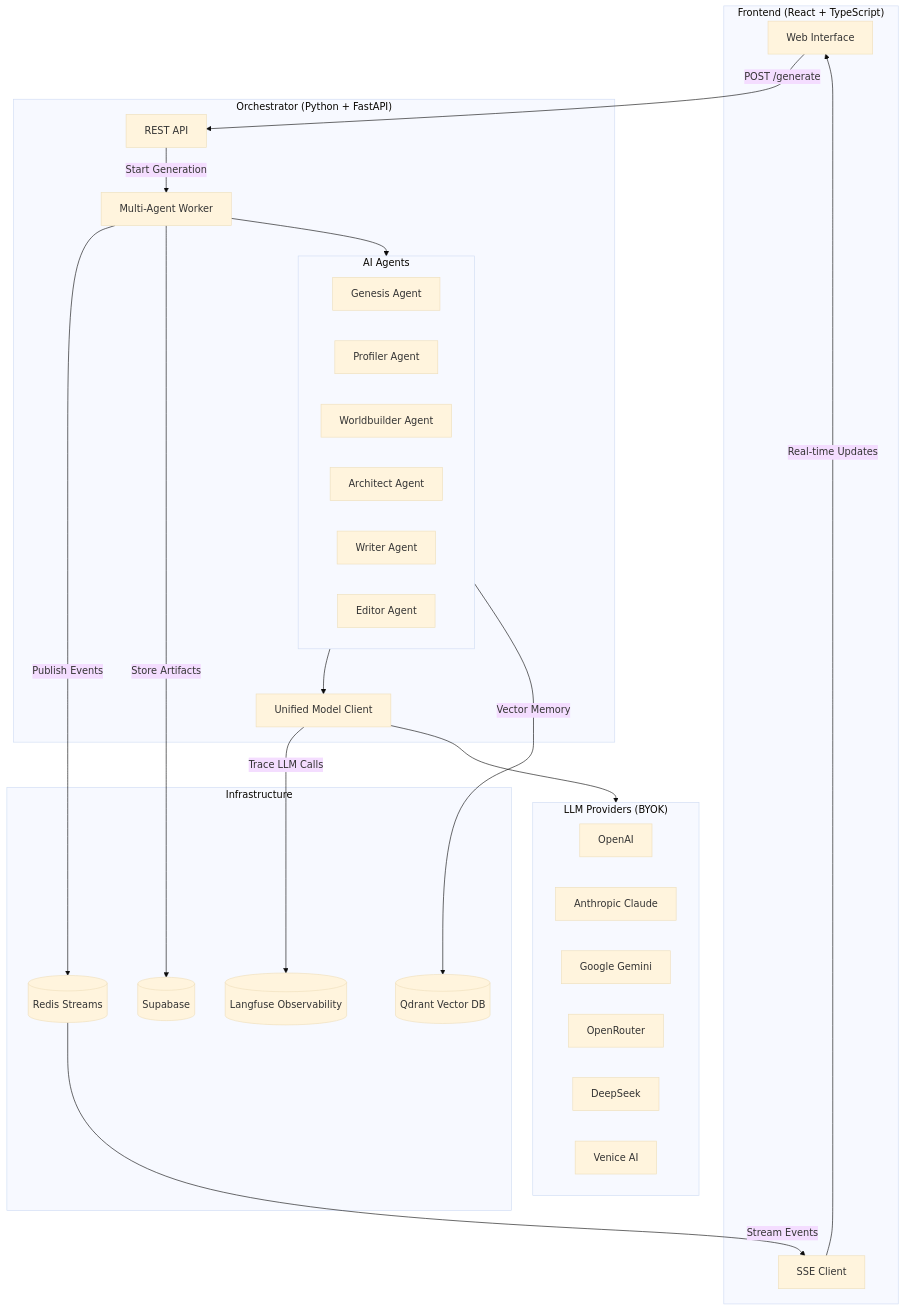
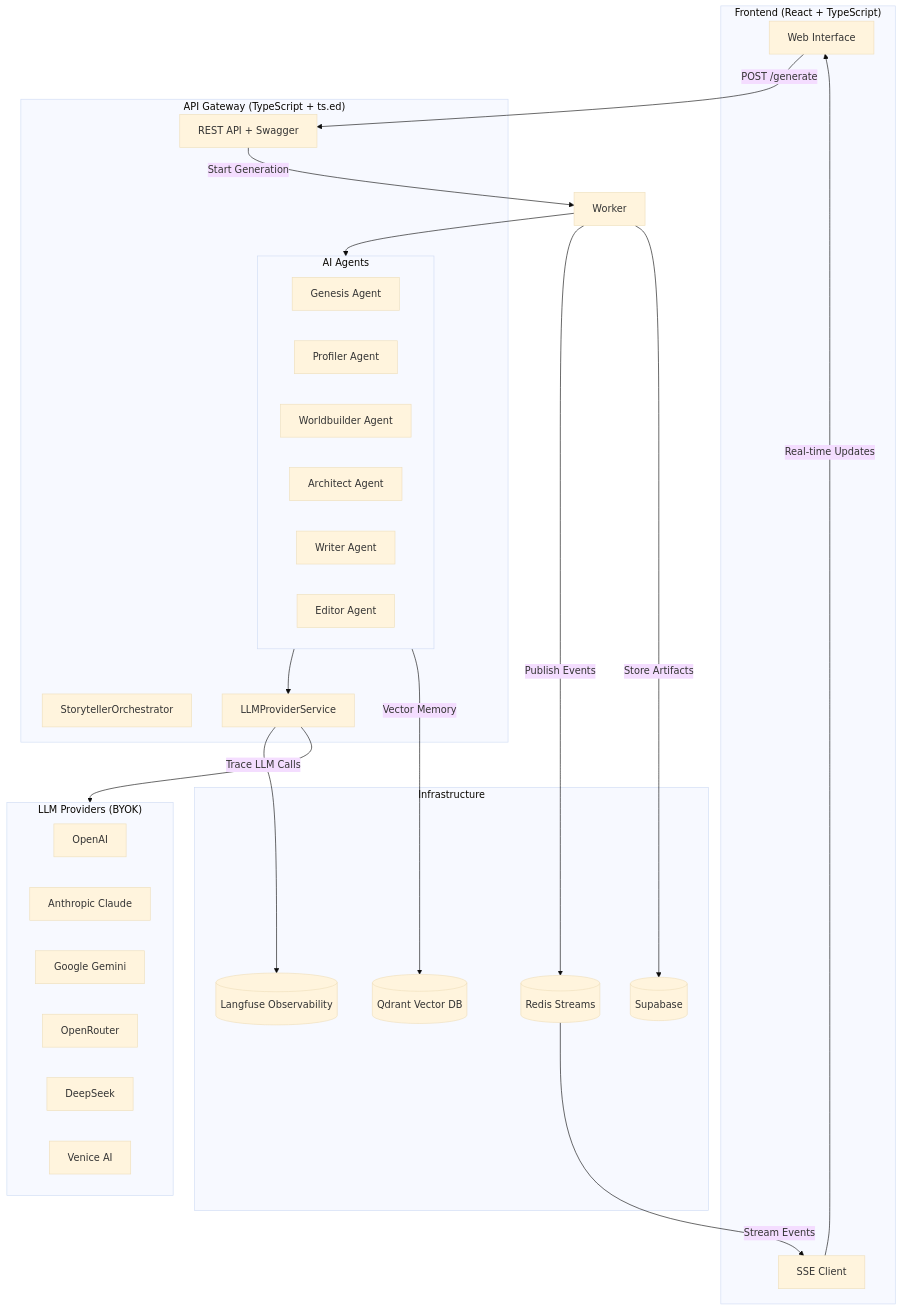
The first of 2 diagrams in README.md (IShalkin/manoe), drawn with Mermaid (base theme) before and after one commit. The commit also changed other lines of this file and 58 other files, not shown here.

First line of the commit message:
chore: Archive legacy Python orchestrator and backend to _legacy/

````diff
--- a/README.md
+++ b/README.md
@@ -14,53 +14,53 @@
 ```mermaid
 flowchart TB
     subgraph Client["Frontend (React + TypeScript)"]
         UI[Web Interface]
         SSE[SSE Client]
     end
 
-    subgraph Orchestrator["Orchestrator (Python + FastAPI)"]
-        API[REST API]
-        Worker[Multi-Agent Worker]
+    subgraph Gateway["API Gateway (TypeScript + ts.ed)"]
+        API[REST API + Swagger]
+        Orchestrator[StorytellerOrchestrator]
         
         subgraph Agents["AI Agents"]
             Genesis[Genesis Agent]
             Profiler[Profiler Agent]
             Worldbuilder[Worldbuilder Agent]
             Architect[Architect Agent]
             Writer[Writer Agent]
             Editor[Editor Agent]
         end
         
-        ModelClient[Unified Model Client]
+        ModelClient[LLMProviderService]
     end
 
     subgraph Infrastructure["Infrastructure"]
         Redis[(Redis Streams)]
         Supabase[(Supabase)]
         Qdrant[(Qdrant Vector DB)]
         Langfuse[(Langfuse Observability)]
     end
 
     subgraph LLMProviders["LLM Providers (BYOK)"]
         OpenAI[OpenAI]
         Anthropic[Anthropic Claude]
         Gemini[Google Gemini]
         OpenRouter[OpenRouter]
         DeepSeek[DeepSeek]
         Venice[Venice AI]
     end
 
     UI -->|POST /generate| API
     API -->|Start Generation| Worker
     Worker --> Agents
     Agents --> ModelClient
     ModelClient --> LLMProviders
     
     Worker -->|Publish Events| Redis
     Redis -->|Stream Events| SSE
     SSE -->|Real-time Updates| UI
     
     Worker -->|Store Artifacts| Supabase
     Agents -->|Vector Memory| Qdrant
     ModelClient -->|Trace LLM Calls| Langfuse
 ```
````
